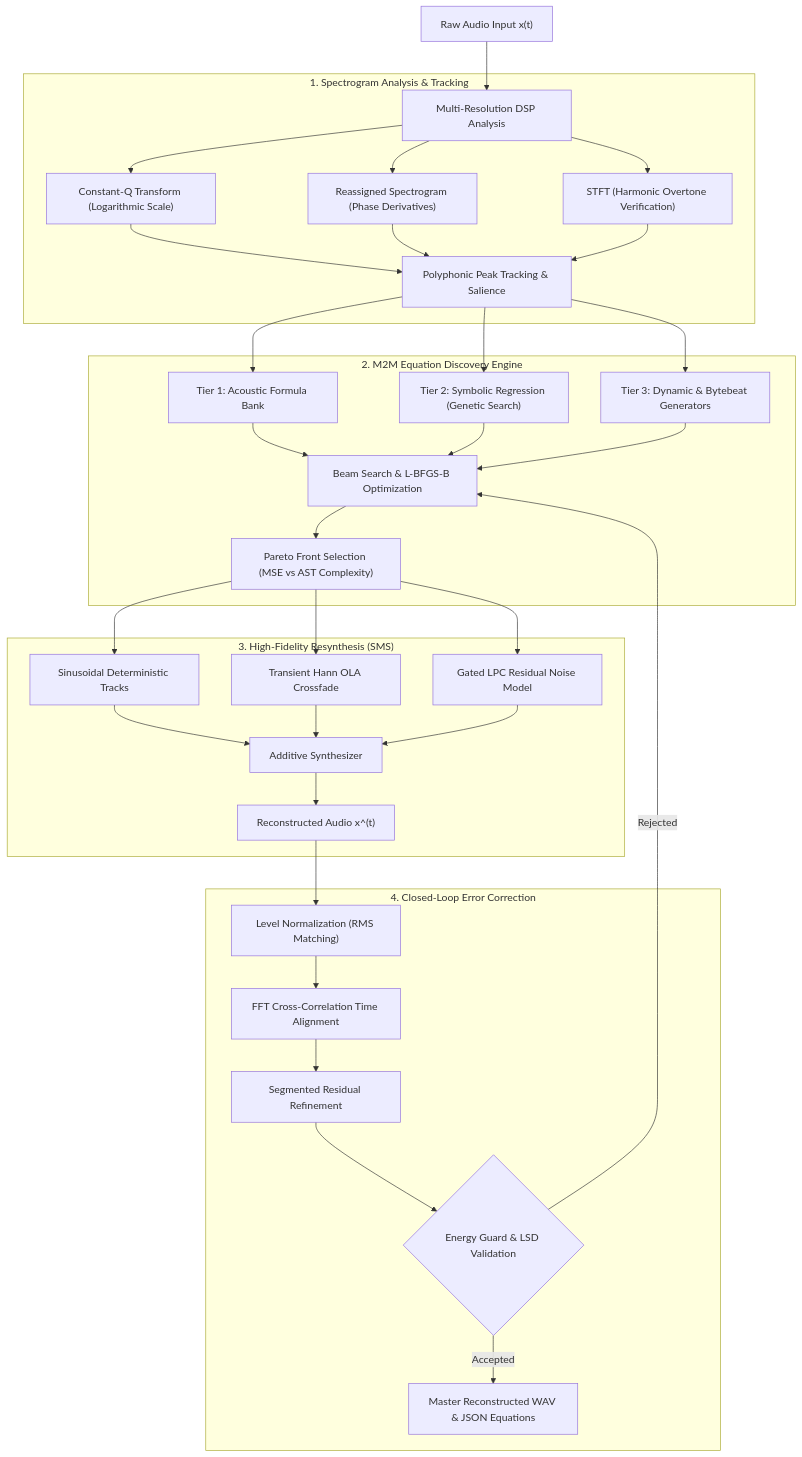
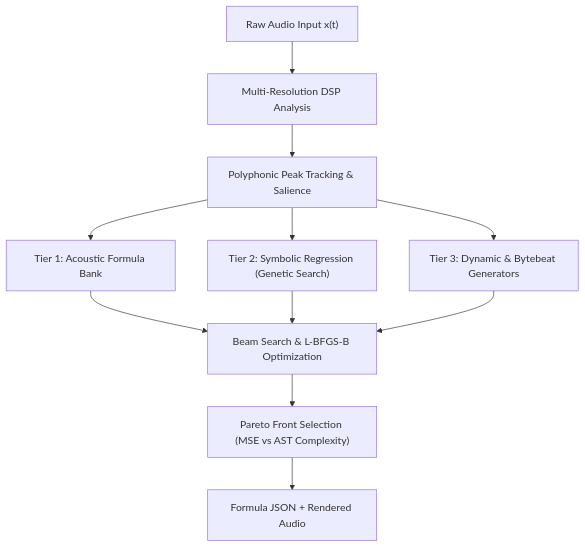
One commit to Biswajit-Sahoo-13/Muisc2Math changed the second of 4 diagrams in README.md. Above: the diagram before and after it, drawn with Mermaid. The commit also changed other lines of this file, not shown here.

Commit message:
docs(readme): the system-pipeline diagram now shows the real RES production architecture
The old mermaid described only the formula-discovery subsystem. The section now splits into two diagrams: the RES production pipeline (stem separation, beat-aware evidence, the coordinate lifter + joint TRF refiner, the hypothesis tournament, the referee gates, the note layer, the residual chase, OLA + seam repair, loudness parity, the fidelity benchmark, and the exact mode) and the legacy equation-discovery path (discover-equations) kept as its own diagram.

````diff
--- a/README.md
+++ b/README.md
@@ -58,42 +96,13 @@
 ```mermaid
 flowchart TD
     A["Raw Audio Input x(t)"] --> B["Multi-Resolution DSP Analysis"]
-    
-    subgraph Analysis ["1. Spectrogram Analysis & Tracking"]
-        B --> B1["Constant-Q Transform (Logarithmic Scale)"]
-        B --> B2["Reassigned Spectrogram (Phase Derivatives)"]
-        B --> B3["STFT (Harmonic Overtone Verification)"]
-        B1 --> C["Polyphonic Peak Tracking & Salience"]
-        B2 --> C
-        B3 --> C
-    end
-
-    subgraph Discovery ["2. M2M Equation Discovery Engine"]
-        C --> D1["Tier 1: Acoustic Formula Bank"]
-        C --> D2["Tier 2: Symbolic Regression (Genetic Search)"]
-        C --> D3["Tier 3: Dynamic & Bytebeat Generators"]
-        D1 --> E["Beam Search & L-BFGS-B Optimization"]
-        D2 --> E
-        D3 --> E
-        E --> F["Pareto Front Selection (MSE vs AST Complexity)"]
-    end
-
-    subgraph Resynthesis ["3. High-Fidelity Resynthesis (SMS)"]
-        F --> G1["Sinusoidal Deterministic Tracks"]
-        F --> G2["Transient Hann OLA Crossfade"]
-        F --> G3["Gated LPC Residual Noise Model"]
-        G1 --> H["Additive Synthesizer"]
-        G2 --> H
-        G3 --> H
-        H --> I["Reconstructed Audio x^(t)"]
-    end
-
-    subgraph ClosedLoop ["4. Closed-Loop Error Correction"]
-        I --> J["Level Normalization (RMS Matching)"]
-        J --> K["FFT Cross-Correlation Time Alignment"]
-        K --> L["Segmented Residual Refinement"]
-        L --> M{"Energy Guard & LSD Validation"}
-        M -->|Accepted| N["Master Reconstructed WAV & JSON Equations"]
-        M -->|Rejected| E
-    end
+    B --> C["Polyphonic Peak Tracking & Salience"]
+    C --> D1["Tier 1: Acoustic Formula Bank"]
+    C --> D2["Tier 2: Symbolic Regression (Genetic Search)"]
+    C --> D3["Tier 3: Dynamic & Bytebeat Generators"]
+    D1 --> E["Beam Search & L-BFGS-B Optimization"]
+    D2 --> E
+    D3 --> E
+    E --> F["Pareto Front Selection (MSE vs AST Complexity)"]
+    F --> G["Formula JSON + Rendered Audio"]
 ```
````
